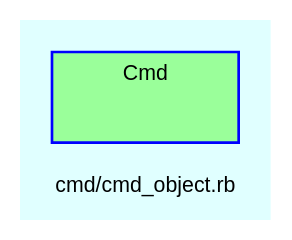
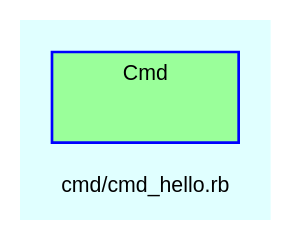
Before and after one commit to Tyche/teensymud: the diagram in doc/dot/f_44.dot, drawn with Graphviz. The commit also changed 215 other files, not shown here.

```diff
--- a/doc/dot/f_44.dot
+++ b/doc/dot/f_44.dot
@@ -1,29 +1,29 @@
 digraph TopLevel {
     compound = true
     bgcolor = lightcyan1
     fontname = Arial
     fontsize = 8
-    label = "cmd/cmd_object.rb"
+    label = "cmd/cmd_hello.rb"
     node [
         fontname = Arial,
         fontsize = 8,
         color = black
     ]
 
     subgraph cluster_Cmd {
         fillcolor = palegreen1
         URL = "classes/Cmd.html"
         fontname = Arial
         color = blue
         label = "Cmd"
         style = filled
         Cmd [
             shape = plaintext,
             height = 0.01,
             width = 0.75,
             label = ""
         ]
 
     }
 
 }
```
